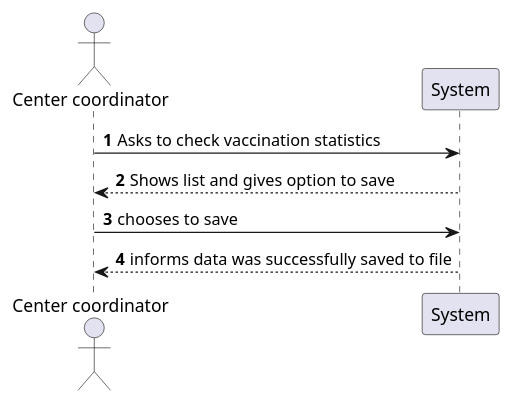
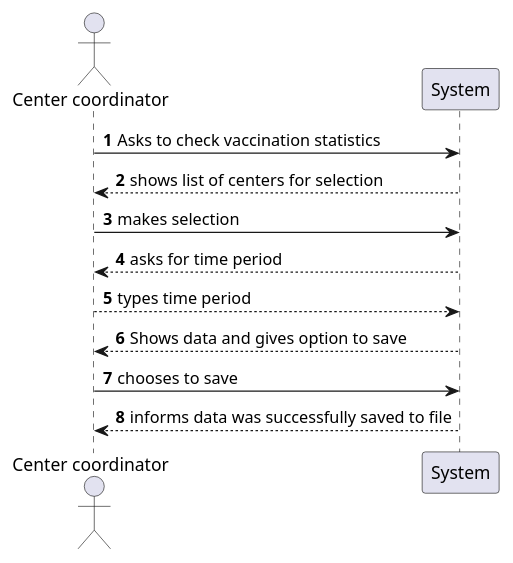
The diagram in docs/SprintD/US/US15/US015_SSD.puml (PedroMesquita1211171/VaccinationManager), drawn with PlantUML before and after one commit. The commit also changed 3 other files, not shown here.

```diff
--- a/docs/SprintD/US/US15/US015_SSD.puml
+++ b/docs/SprintD/US/US15/US015_SSD.puml
@@ -1,12 +1,18 @@
 @startuml
 'https://plantuml.com/sequence-diagram
 
 autonumber
 actor "Center coordinator" as cc
 
 cc -> System: Asks to check vaccination statistics
-System --> cc: Shows list and gives option to save
+System --> cc: shows list of centers for selection
+
+cc -> System: makes selection
+System --> cc: asks for time period
+
+cc --> System: types time period
+System --> cc: Shows data and gives option to save
 
 cc -> System: chooses to save
 cc <-- System: informs data was successfully saved to file
 @enduml
```
